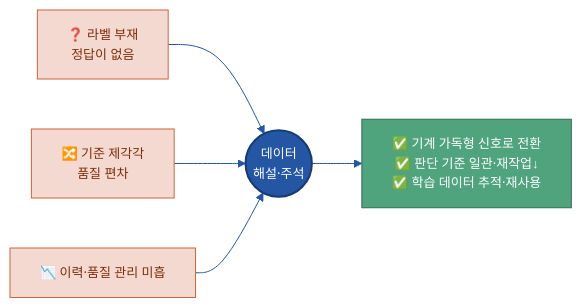
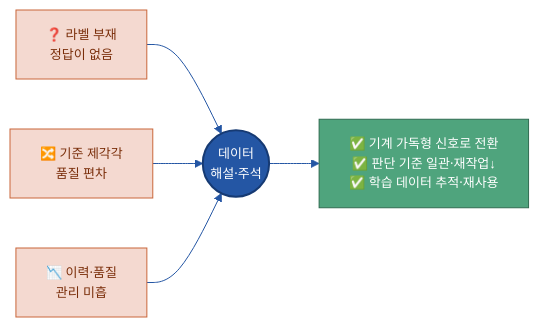
Before and after one commit to jin-kearney/ai-ready-data-manual: the second of 8 diagrams in 가이드 작성/B-2 데이터 해설·주석/B-2 데이터 해설·주석.md, drawn with Mermaid. The commit also changed other lines of this file and 1 other file, not shown here.

````diff
--- a/가이드 작성/B-2 데이터 해설·주석/B-2 데이터 해설·주석.md
+++ b/가이드 작성/B-2 데이터 해설·주석/B-2 데이터 해설·주석.md
@@ -127,15 +118,15 @@
 ```mermaid
 %%{init: {'theme':'base','themeVariables':{'primaryColor':'#DCE8F5','primaryBorderColor':'#2456A4','primaryTextColor':'#10243f','lineColor':'#2456A4','fontSize':'13px'}}}%%
 flowchart LR
     P1["❓ 라벨 부재<br/>정답이 없음"]:::pain
     P2["🔀 기준 제각각<br/>품질 편차"]:::pain
-    P3["📉 이력·품질 관리 미흡"]:::pain
+    P3["📉 이력·품질<br/>관리 미흡"]:::pain
     T(("데이터<br/>해설·주석")):::cat
     P1 --> T
     P2 --> T
     P3 --> T
     T --> R["✅ 기계 가독형 신호로 전환<br/>✅ 판단 기준 일관·재작업↓<br/>✅ 학습 데이터 추적·재사용"]:::loop
     classDef pain fill:#F4D9D0,stroke:#C9663A,color:#7a2e0a;
     classDef cat fill:#2456A4,color:#fff,stroke:#163a73,stroke-width:2px;
     classDef loop fill:#4FA47D,stroke:#2f6b50,color:#fff;
 ```
````
